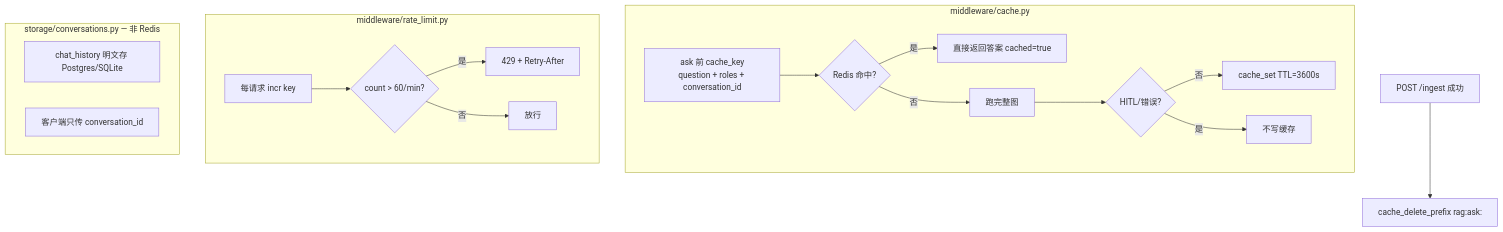
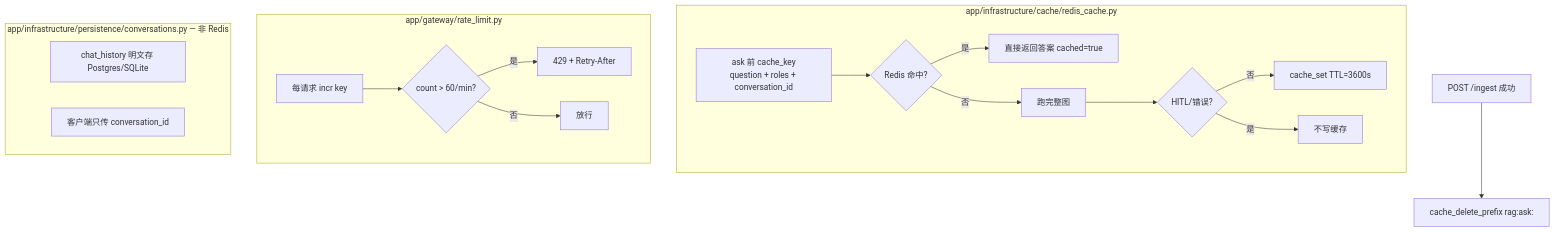
The sixth of 21 diagrams in project_00_rag_agent/docs/architecture.md (charlie-chann/ai-agent-langgraph-main), drawn with Mermaid before and after one commit. The commit also changed other lines of this file and 116 other files, not shown here.

Commit message:
refactor(project_00): 重构为 app 分层架构（API/agent/graph）

````diff
--- a/project_00_rag_agent/docs/architecture.md
+++ b/project_00_rag_agent/docs/architecture.md
@@ -410,24 +405,24 @@
 ```mermaid
 flowchart TD
-    subgraph Cache["middleware/cache.py"]
+    subgraph Cache["app/infrastructure/cache/redis_cache.py"]
         C1["ask 前 cache_key<br/>question + roles + conversation_id"] --> C2{Redis 命中?}
         C2 -->|是| C3[直接返回答案 cached=true]
         C2 -->|否| C4[跑完整图]
         C4 --> C5{HITL/错误?}
         C5 -->|否| C6[cache_set TTL=3600s]
         C5 -->|是| C7[不写缓存]
     end
 
-    subgraph RateLimit["middleware/rate_limit.py"]
+    subgraph RateLimit["app/gateway/rate_limit.py"]
         R1[每请求 incr key] --> R2{count > 60/min?}
         R2 -->|是| R3[429 + Retry-After]
         R2 -->|否| R4[放行]
     end
 
-    subgraph History["storage/conversations.py — 非 Redis"]
+    subgraph History["app/infrastructure/persistence/conversations.py — 非 Redis"]
         H1[chat_history 明文存 Postgres/SQLite]
         H2[客户端只传 conversation_id]
     end
 
     INGEST_DONE[POST /ingest 成功] --> CLEAR[cache_delete_prefix rag:ask:]
 ```
````
